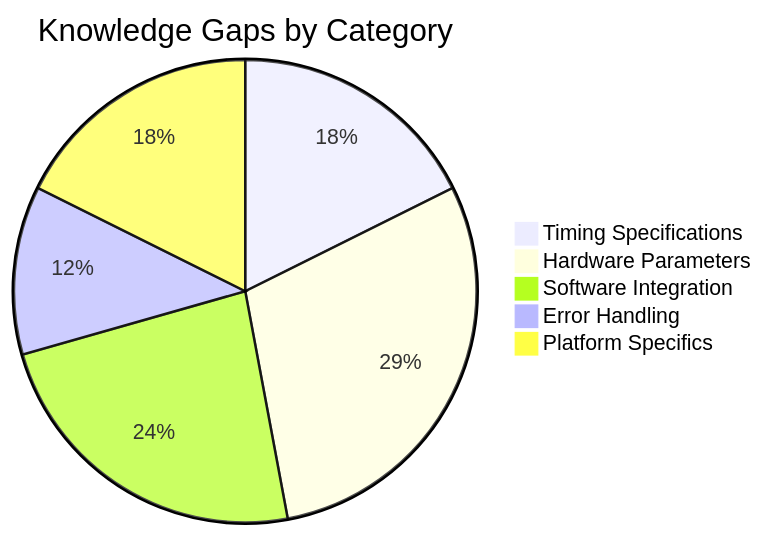
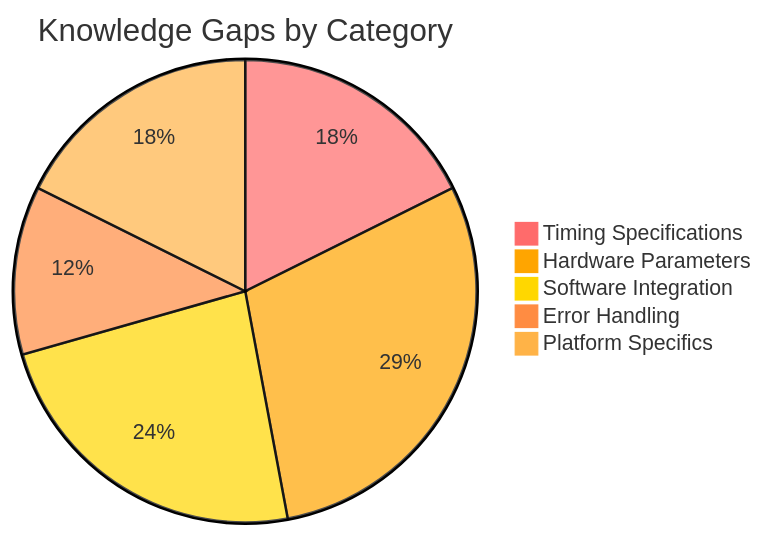
One commit to Lizo-RoadTown/PROVES_LIBRARY changed the eighth of 9 diagrams in docs/diagrams/knowledge-gaps.md. Above: the diagram before and after it, drawn with Mermaid. The commit also changed 3 other files, not shown here.

First line of the commit message:
Fix pie chart visibility with custom color themes

````diff
--- a/docs/diagrams/knowledge-gaps.md
+++ b/docs/diagrams/knowledge-gaps.md
@@ -548,8 +548,9 @@
 ```mermaid
+%%{init: {'theme':'base', 'themeVariables': { 'pie1':'#ff6b6b', 'pie2':'#ffa500', 'pie3':'#ffd700', 'pie4':'#ff8c42', 'pie5':'#ffb347'}}}%%
 pie title Knowledge Gaps by Category
     "Timing Specifications" : 3
     "Hardware Parameters" : 5
     "Software Integration" : 4
     "Error Handling" : 2
     "Platform Specifics" : 3
 ```
````
